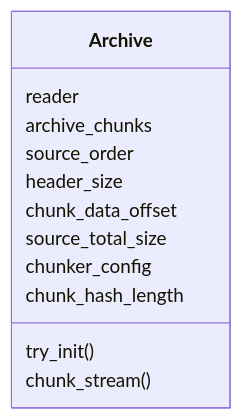
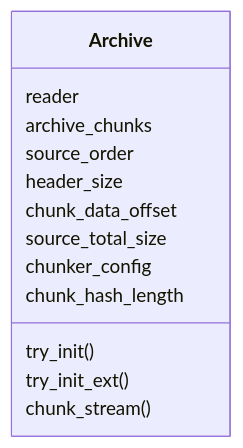
The first of 2 diagrams in markdowns/bitar_archive_a.md (softtiny/docs.bita), drawn with Mermaid before and after one commit. The commit also changed other lines of this file and 4 other files, not shown here.

````diff
--- a/markdowns/bitar_archive_a.md
+++ b/markdowns/bitar_archive_a.md
@@ -4,15 +4,16 @@
 ```mermaid
 classDiagram
     class Archive {
         reader
         archive_chunks
         source_order
         header_size
         chunk_data_offset
         source_total_size
         chunker_config
         chunk_hash_length
         try_init()
+        try_init_ext()
         chunk_stream()
     }
 ```
````
